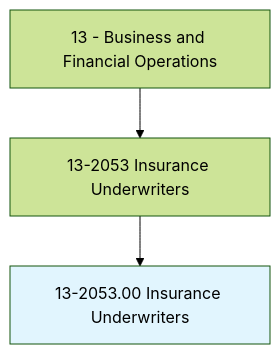
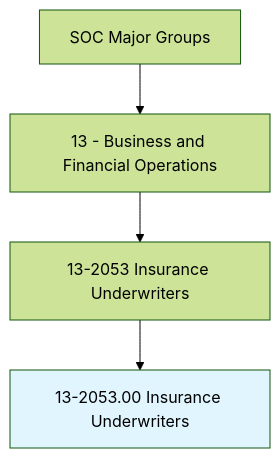
One commit to kziemski/business.org.ai changed the first of 4 diagrams in occupations/Business/InsuranceUnderwriters.mdx. Above: the diagram before and after it, drawn with Mermaid (forest theme). The commit also changed other lines of this file and 938 other files, not shown here.

````diff
--- a/occupations/Business/InsuranceUnderwriters.mdx
+++ b/occupations/Business/InsuranceUnderwriters.mdx
@@ -19,6 +25,7 @@
 ```mermaid
 graph TD
-    Cat13["13 - Business and Financial Operations"] --> Group132053["13-2053 Insurance Underwriters"]
-    Group132053 --> Current["13-2053.00 Insurance Underwriters"]
+    SOC["SOC Major Groups"] --> Cat13["13 - Business and Financial Operations"]
+    Cat13 --> G132053["13-2053 Insurance Underwriters"]
+    G132053 --> Current["13-2053.00 Insurance Underwriters"]
     style Current fill:#e1f5fe
 ```
````
